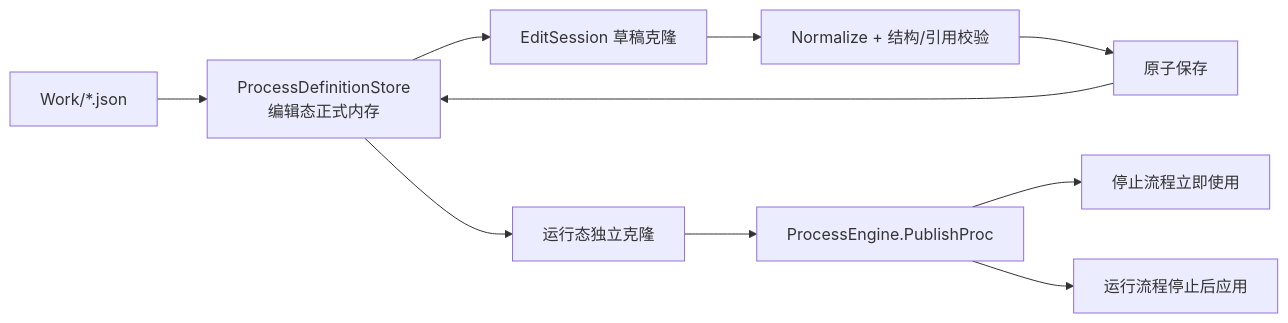
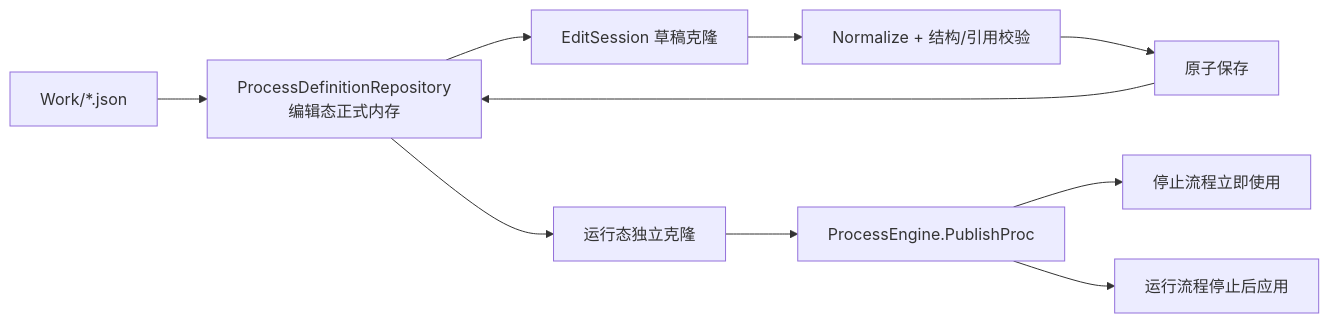
The first of 2 diagrams in Docs/Architecture/03-流程编辑与运行.md (zeastwin/Automation), drawn with Mermaid before and after one commit. The commit also changed other lines of this file and 80 other files, not shown here.

````diff
--- a/Docs/Architecture/03-流程编辑与运行.md
+++ b/Docs/Architecture/03-流程编辑与运行.md
@@ -15,12 +15,12 @@
 ```mermaid
 flowchart LR
-    Disk["Work/*.json"] --> Definition["ProcessDefinitionStore\n编辑态正式内存"]
+    Disk["Work/*.json"] --> Definition["ProcessDefinitionRepository\n编辑态正式内存"]
     Definition --> Draft["EditSession 草稿克隆"]
     Draft --> Normalize["Normalize + 结构/引用校验"]
     Normalize --> Save["原子保存"]
     Save --> Definition
     Definition --> Clone["运行态独立克隆"]
     Clone --> Publish["ProcessEngine.PublishProc"]
     Publish --> Current["停止流程立即使用"]
     Publish --> Pending["运行流程停止后应用"]
 ```
````
